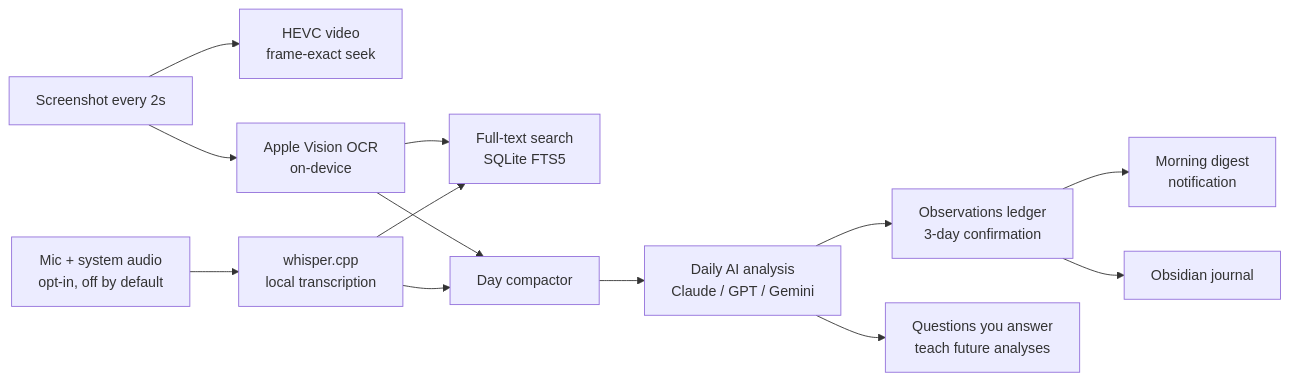
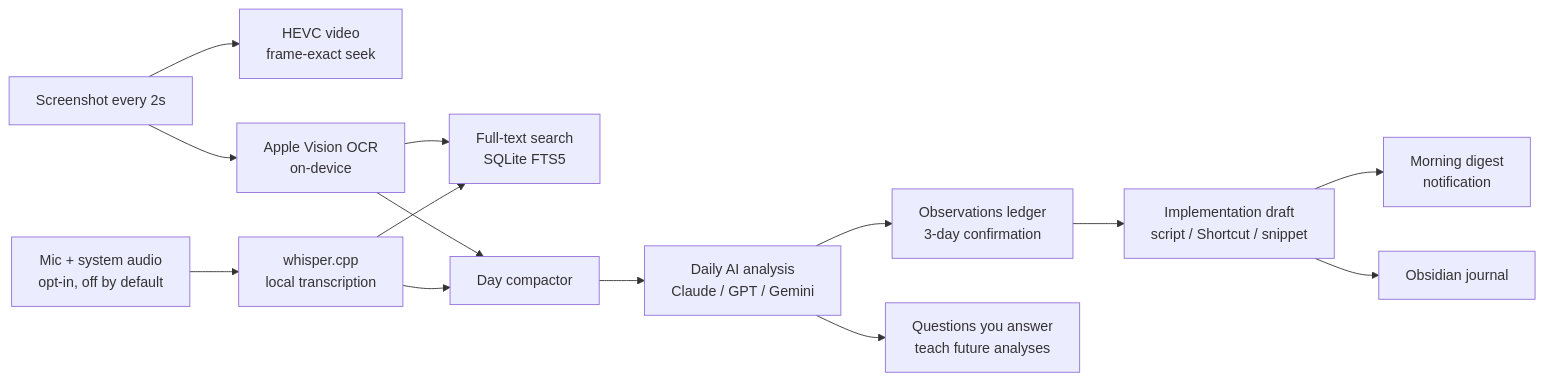
One commit to garnetcsmain/kaze changed the diagram in README.md. Above: the diagram before and after it, drawn with Mermaid. The commit also changed other lines of this file and 8 other files, not shown here.

````diff
--- a/README.md
+++ b/README.md
@@ -11,15 +11,16 @@
 ```mermaid
 flowchart LR
   S[Screenshot every 2s] --> V[HEVC video<br>frame-exact seek]
   S --> O[Apple Vision OCR<br>on-device]
   A[Mic + system audio<br>opt-in, off by default] --> W[whisper.cpp<br>local transcription]
   O --> F[Full-text search<br>SQLite FTS5]
   W --> F
   O --> C[Day compactor]
   W --> C
   C --> L[Daily AI analysis<br>Claude / GPT / Gemini]
   L --> G[Observations ledger<br>3-day confirmation]
-  G --> D[Morning digest<br>notification]
-  G --> J[Obsidian journal]
+  G --> I[Implementation draft<br>script / Shortcut / snippet]
+  I --> D[Morning digest<br>notification]
+  I --> J[Obsidian journal]
   L --> Q[Questions you answer<br>teach future analyses]
 ```
````
